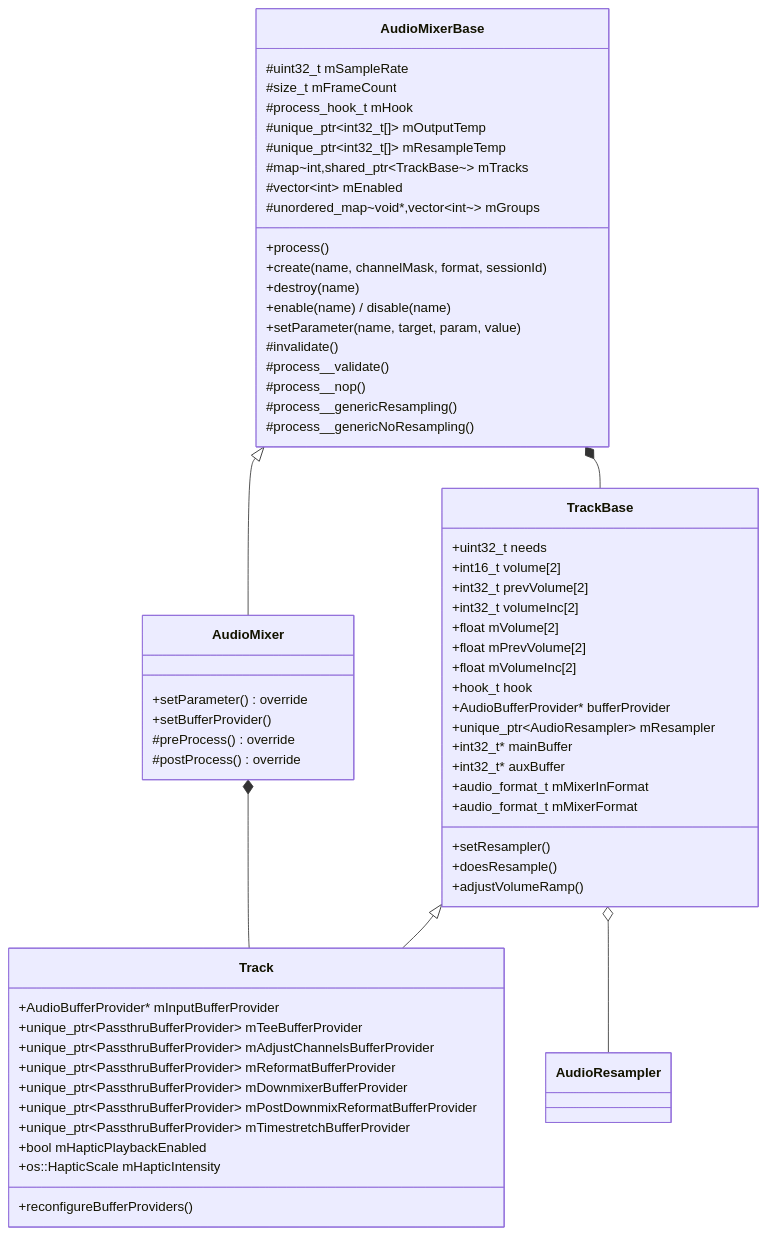
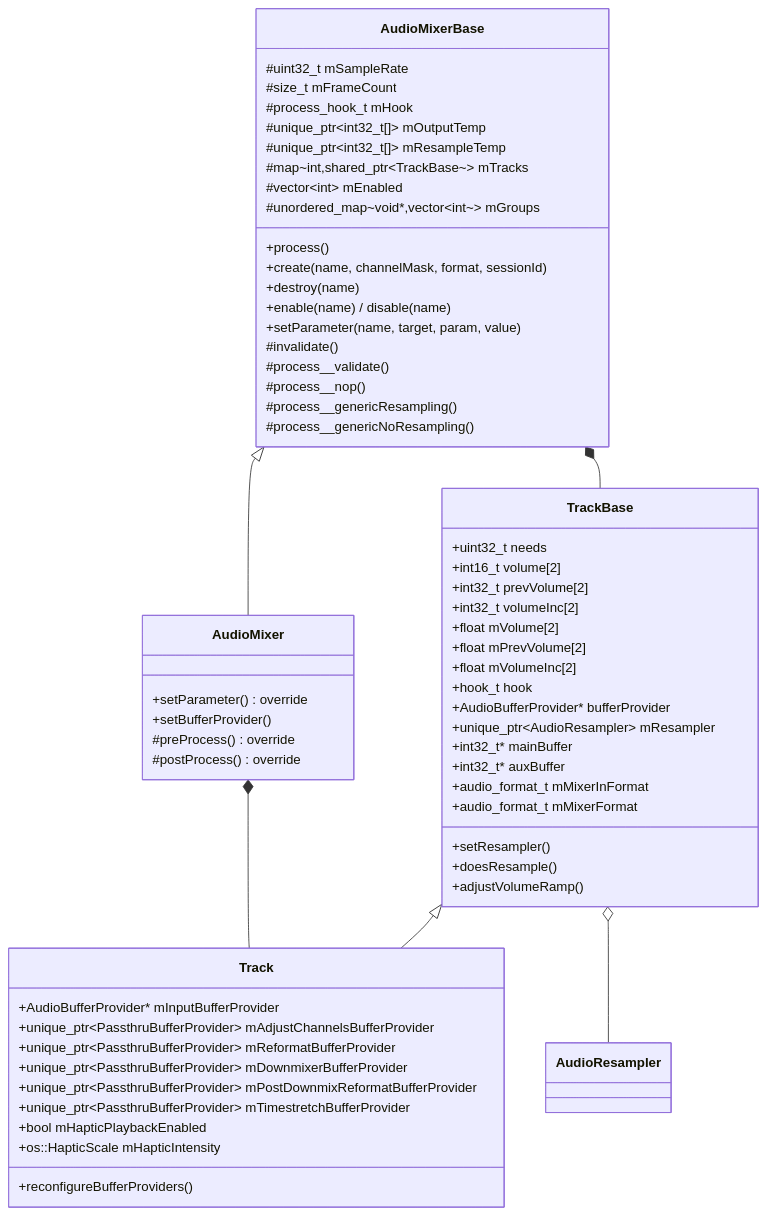
The first of 7 diagrams in 05_AudioFlinger/05_5.11_AudioMixer与Resampler-混音引擎核心.md (yanglinzhen1022/SA8295_AAOS_QNX_Audio_KnowledgeBase), drawn with Mermaid before and after one commit. The commit also changed other lines of this file and 5 other files, not shown here.

````diff
--- a/05_AudioFlinger/05_5.11_AudioMixer与Resampler-混音引擎核心.md
+++ b/05_AudioFlinger/05_5.11_AudioMixer与Resampler-混音引擎核心.md
@@ -14,69 +14,68 @@
 ```mermaid
 classDiagram
     class AudioMixerBase {
         #uint32_t mSampleRate
         #size_t mFrameCount
         #process_hook_t mHook
         #unique_ptr~int32_t[]~ mOutputTemp
         #unique_ptr~int32_t[]~ mResampleTemp
         #map~int,shared_ptr~TrackBase~~ mTracks
         #vector~int~ mEnabled
         #unordered_map~void*,vector~int~~ mGroups
         +process()
         +create(name, channelMask, format, sessionId)
         +destroy(name)
         +enable(name) / disable(name)
         +setParameter(name, target, param, value)
         #invalidate()
         #process__validate()
         #process__nop()
         #process__genericResampling()
         #process__genericNoResampling()
     }
 
     class TrackBase {
         +uint32_t needs
         +int16_t volume[2]
         +int32_t prevVolume[2]
         +int32_t volumeInc[2]
         +float mVolume[2]
         +float mPrevVolume[2]
         +float mVolumeInc[2]
         +hook_t hook
         +AudioBufferProvider* bufferProvider
         +unique_ptr~AudioResampler~ mResampler
         +int32_t* mainBuffer
         +int32_t* auxBuffer
         +audio_format_t mMixerInFormat
         +audio_format_t mMixerFormat
         +setResampler()
         +doesResample()
         +adjustVolumeRamp()
     }
 
     class AudioMixer {
         +setParameter() override
         +setBufferProvider()
         #preProcess() override
         #postProcess() override
     }
 
     class Track {
         +AudioBufferProvider* mInputBufferProvider
-        +unique_ptr~PassthruBufferProvider~ mTeeBufferProvider
         +unique_ptr~PassthruBufferProvider~ mAdjustChannelsBufferProvider
         +unique_ptr~PassthruBufferProvider~ mReformatBufferProvider
         +unique_ptr~PassthruBufferProvider~ mDownmixerBufferProvider
         +unique_ptr~PassthruBufferProvider~ mPostDownmixReformatBufferProvider
         +unique_ptr~PassthruBufferProvider~ mTimestretchBufferProvider
         +bool mHapticPlaybackEnabled
         +os::HapticScale mHapticIntensity
         +reconfigureBufferProviders()
     }
 
     AudioMixerBase <|-- AudioMixer
     TrackBase <|-- Track
     AudioMixerBase *-- TrackBase
     AudioMixer *-- Track
     TrackBase o-- AudioResampler
 ```
````
